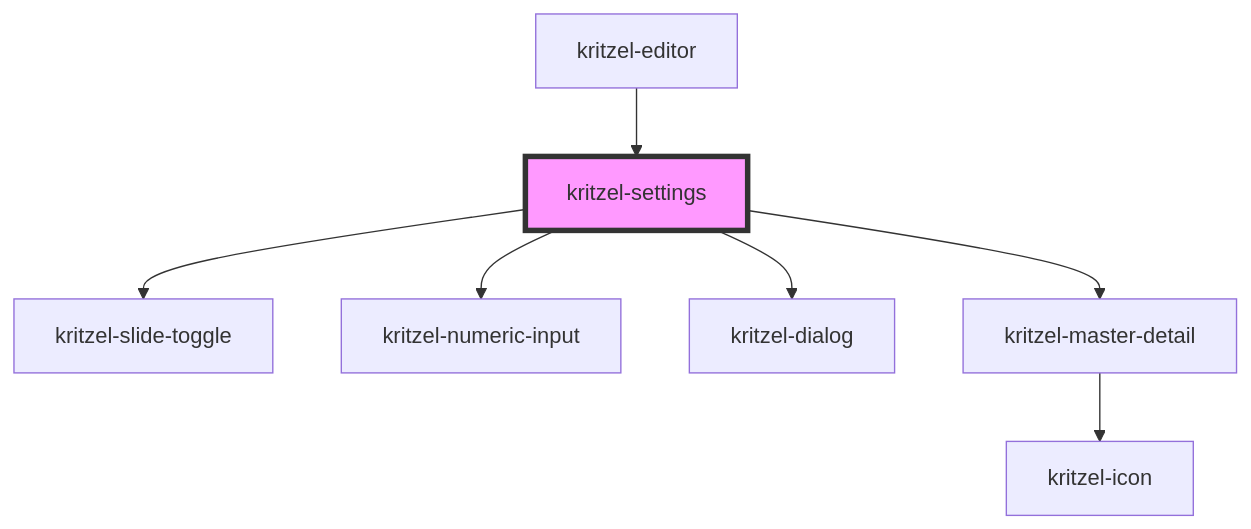
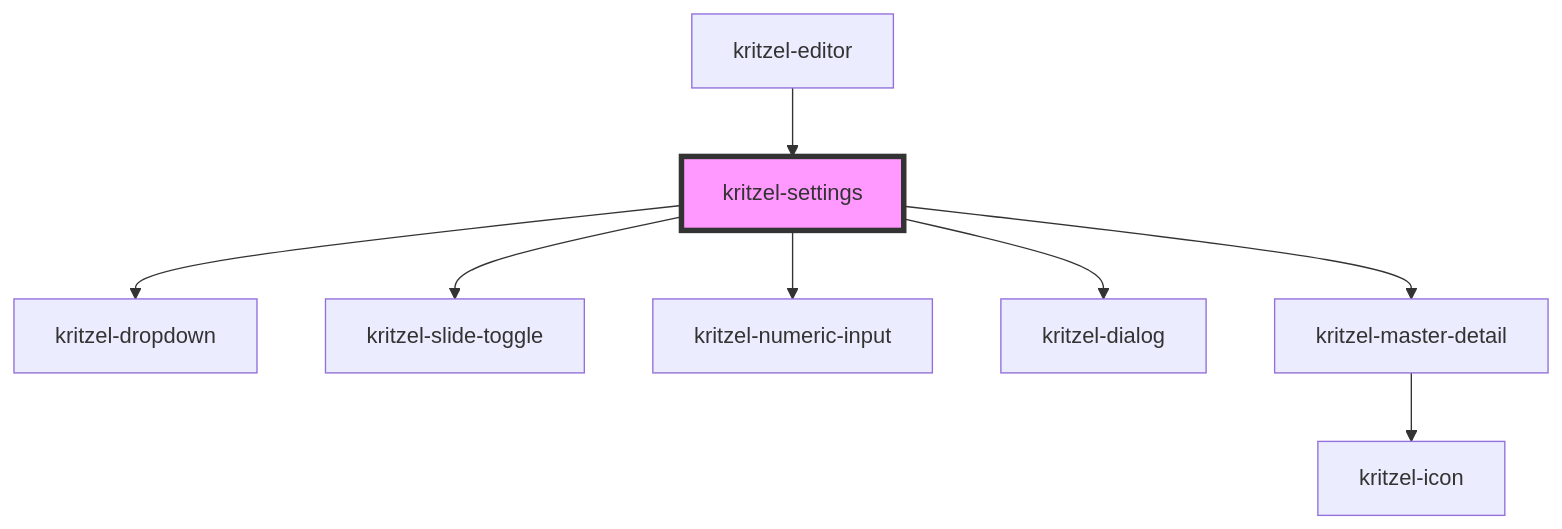
The diagram in libs/kritzel-stencil/src/components/ui/kritzel-settings/readme.md (kasual1/kritzel), drawn with Mermaid before and after one commit. The commit also changed other lines of this file and 30 other files, not shown here.

````diff
--- a/libs/kritzel-stencil/src/components/ui/kritzel-settings/readme.md
+++ b/libs/kritzel-stencil/src/components/ui/kritzel-settings/readme.md
@@ -71,10 +72,11 @@
 ```mermaid
 graph TD;
+  kritzel-settings --> kritzel-dropdown
   kritzel-settings --> kritzel-slide-toggle
   kritzel-settings --> kritzel-numeric-input
   kritzel-settings --> kritzel-dialog
   kritzel-settings --> kritzel-master-detail
   kritzel-master-detail --> kritzel-icon
   kritzel-editor --> kritzel-settings
   style kritzel-settings fill:#f9f,stroke:#333,stroke-width:4px
 ```
````
